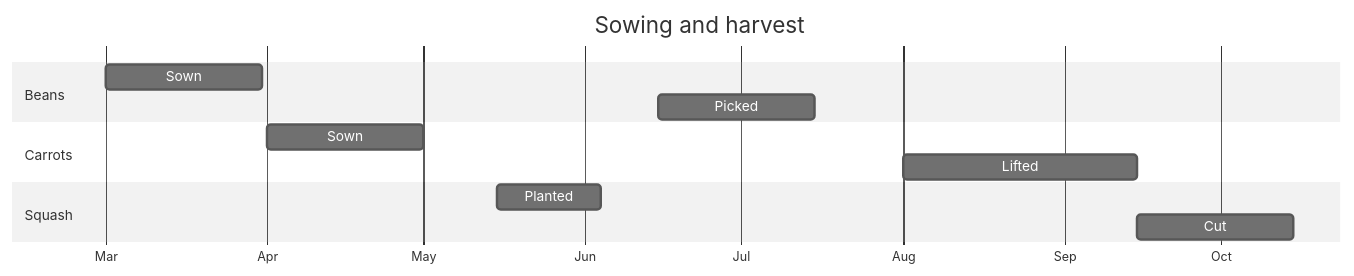
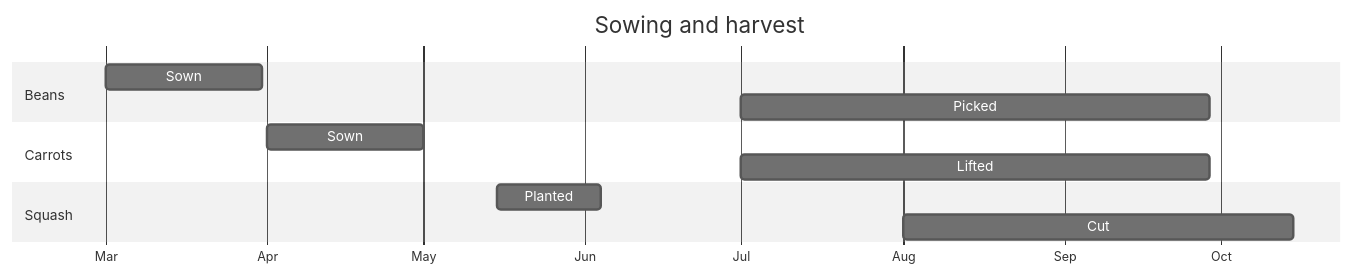
The first of 2 diagrams in tests/fixtures/showcase/Planting calendar.md (olliegilbey/tachylite), drawn with Mermaid (neutral theme) before and after one commit. The commit also changed 8 other files, not shown here.

````diff
--- a/tests/fixtures/showcase/Planting calendar.md
+++ b/tests/fixtures/showcase/Planting calendar.md
@@ -13,16 +13,16 @@
 ```mermaid
 gantt
     title Sowing and harvest
     dateFormat YYYY-MM-DD
     axisFormat %b
     todayMarker off
     section Beans
     Sown    :2026-03-01, 30d
-    Picked  :2026-06-15, 30d
+    Picked  :2026-07-01, 90d
     section Carrots
     Sown    :2026-04-01, 30d
-    Lifted  :2026-08-01, 45d
+    Lifted  :2026-07-01, 90d
     section Squash
     Planted :2026-05-15, 20d
-    Cut     :2026-09-15, 30d
+    Cut     :2026-08-01, 75d
 ```
````
